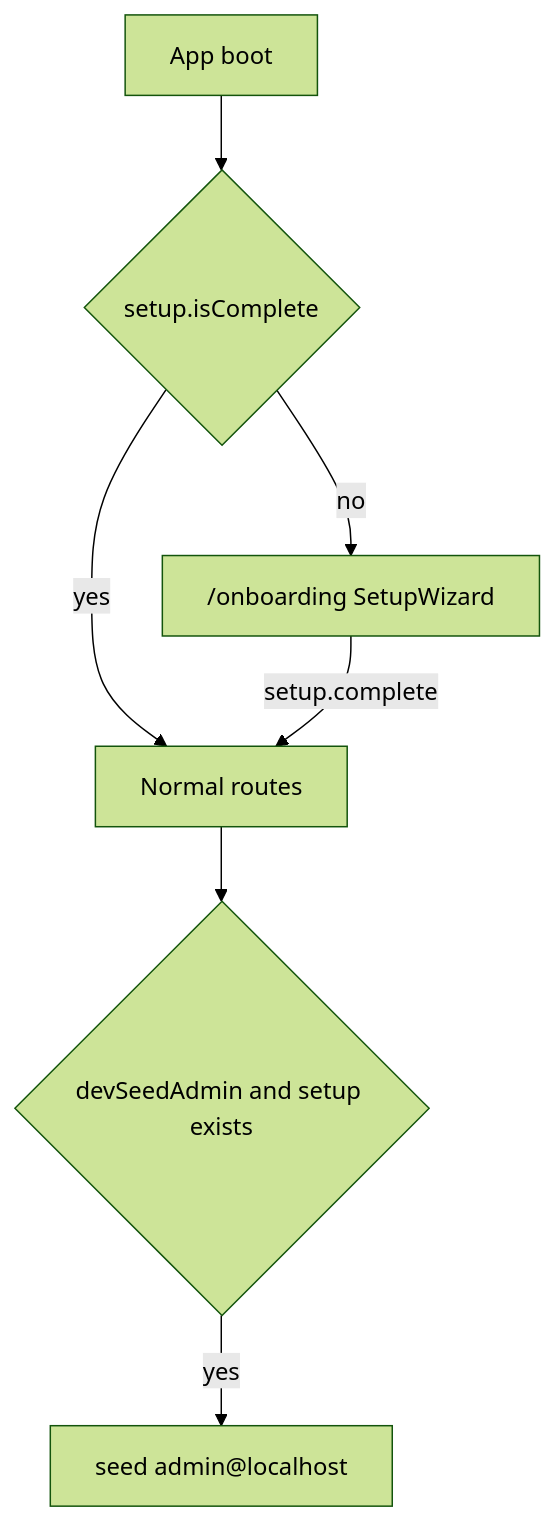
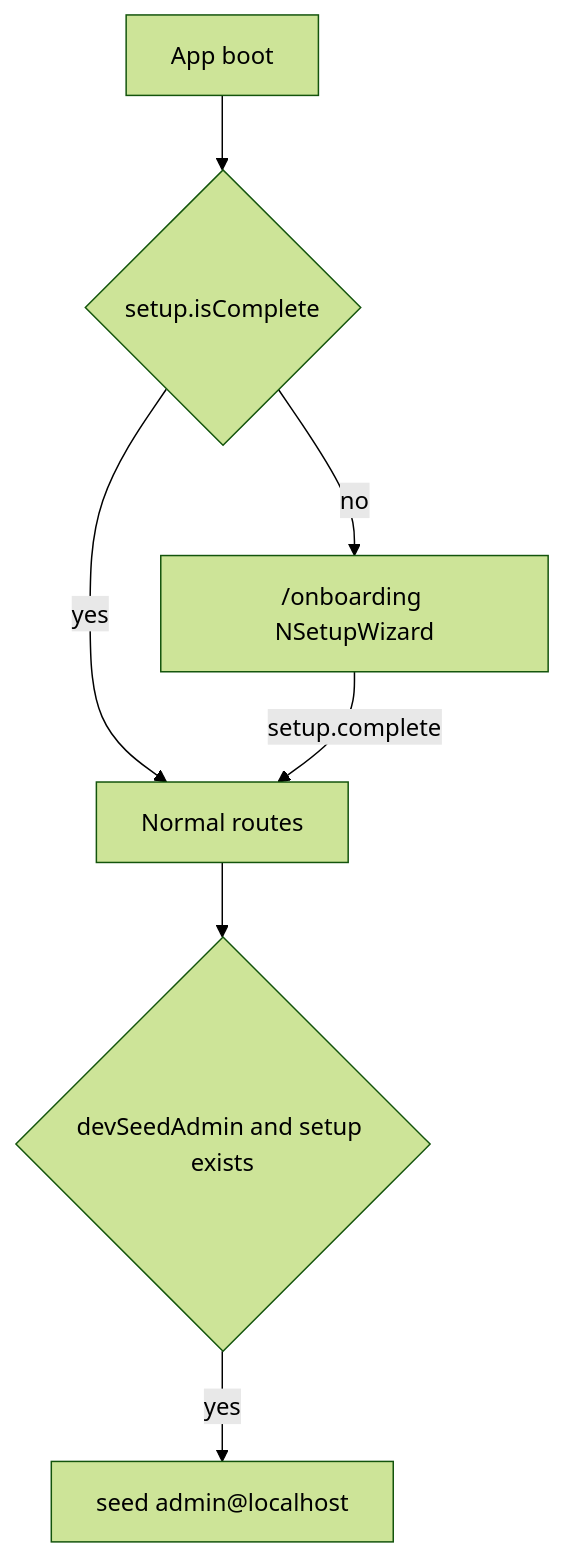
The diagram in .cursor/plans/app_onboarding_setup_c572cf50.plan.md (kasgarally/ik-nexus), drawn with Mermaid (forest theme) before and after one commit. The commit also changed other lines of this file and 27 other files, not shown here.

````diff
--- a/.cursor/plans/app_onboarding_setup_c572cf50.plan.md
+++ b/.cursor/plans/app_onboarding_setup_c572cf50.plan.md
@@ -107,14 +107,14 @@
 ```mermaid
 flowchart TD
   boot[App boot]
   complete{setup.isComplete}
-  wizard["/onboarding SetupWizard"]
+  wizard["/onboarding NSetupWizard"]
   app[Normal routes]
   seed{devSeedAdmin and setup exists}
   boot --> complete
   complete -->|no| wizard
   complete -->|yes| app
   wizard -->|setup.complete| app
   app --> seed
   seed -->|yes| demoAdmin[seed admin@localhost]
 ```
````
